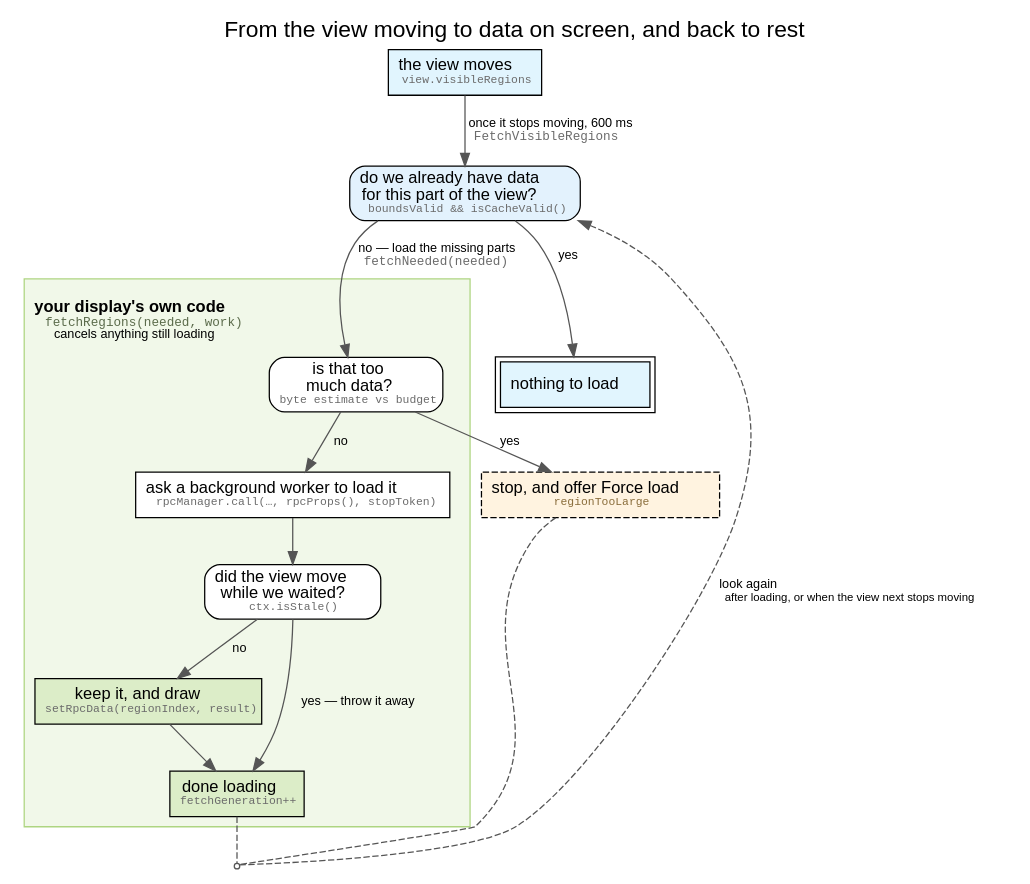
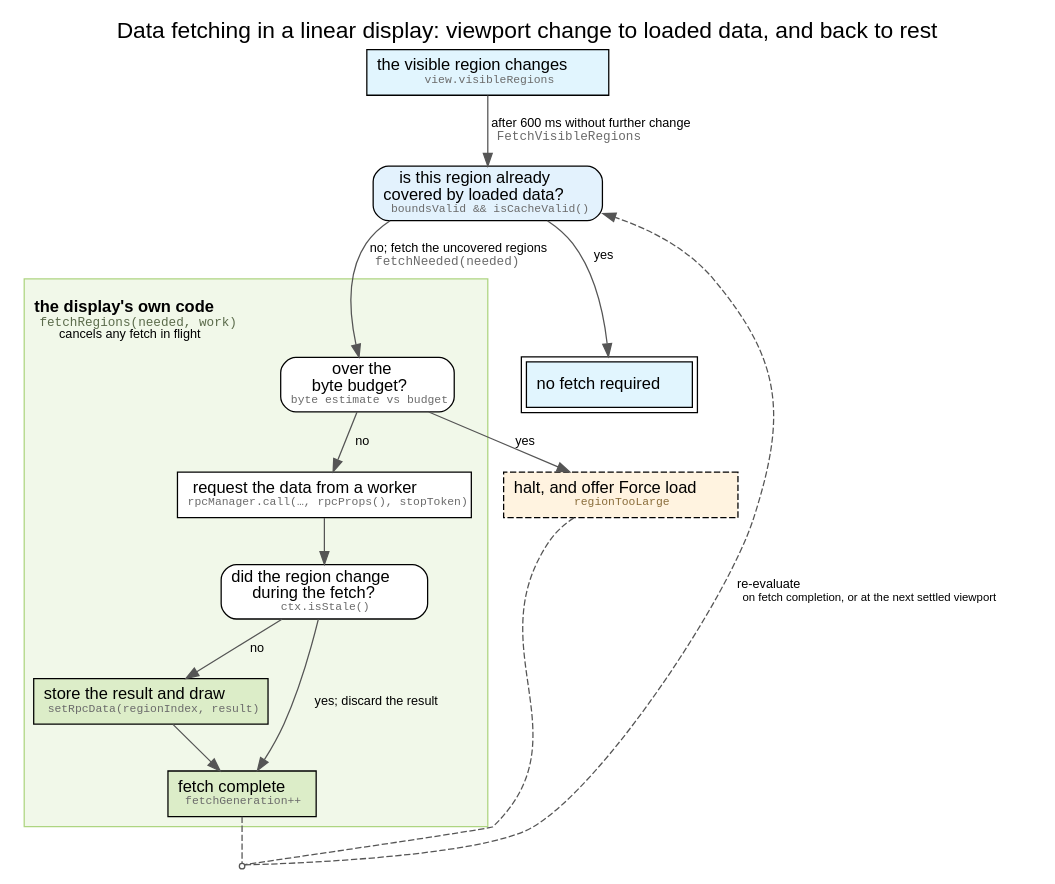
The diagram in website/diagrams/fetch_chain.dot (GMOD/jbrowse-components), drawn with Graphviz before and after one commit. The commit also changed 8 other files, not shown here.

```diff
--- a/website/diagrams/fetch_chain.dot
+++ b/website/diagrams/fetch_chain.dot
@@ -1,145 +1,151 @@
 // Every box says what happens in ENGLISH, with the identifier under it in small
 // grey monospace. Reading the chain and finding the code are two different
 // tasks, and a label that only names `boundsValid && isCacheValid()` serves the
 // second at the cost of the first — you cannot follow the flow until you have
 // read four function signatures. The English line is what the eye lands on; the
 // identifier is there when the reader goes looking.
 //
 // The English is plain rather than merely spelt out, which is a second pass and
 // not the same one: "is this block already covered?" is a sentence made of our
-// vocabulary, and a block, a fetch and a region are all things the reader is
-// here to learn. So it asks whether we already have DATA FOR this part of the
-// view, the worker is a BACKGROUND worker, and fetchGeneration++ is DONE
-// LOADING. Nothing in the top line of a box is a word this page has to define
-// first. "do we already have this part of the view?" was the first draft and it
-// reads as a question about the VIEW rather than about the data — the noun a
-// plain sentence drops is the one to check.
+// own vocabulary, and a block, a fetch and a region are all things the reader is
+// here to learn.
+//
+// It is also DRY (review: "try to use somewhat 'dry' language, so that this
+// could be included in a scientific paper"). The two are not the same pass
+// either, and the first draft of the plain version was conversational where it
+// should only have been unspecialized: no first or second person ("do we already
+// have data", "while we waited"), no colloquial verb where a neutral one exists
+// ("ask a background worker" -> "request the data from a worker", "throw it
+// away" -> "discard the result"), and no vagueness bought with informality
+// ("is that too much data?" -> "over the byte budget?", which is the actual
+// test). Plain still rules the top line — nothing there is a term this page has
+// to define first — and the identifier under it is where the precision lives.
 //
 // That needs HTML-like labels (`label=<…>` rather than `label="…"`), so `&` is
 // `&amp;` inside them, and a malformed one renders as literal angle brackets
 // rather than failing — check the render, not the exit code.
 //
 // The three questions are rounded boxes rather than diamonds. A diamond sized to
 // hold a sentence is about twice as wide as the sentence, and there are three of
 // them; the "?" and the yes/no edges already say it is a branch.
 //
 // Two nodes and a cluster came out by the rule that a step whose whole job is to
 // hand off to the next one is an EDGE, not a box:
 //
 //   collect into `needed`    -> the check's "no" branch, which also carries
 //                               fetchNeeded(needed), the call it makes
 //   rotate stop token /      -> "cancels whatever was still in flight" in the
 //     capture fetchGeneration   cluster's own label, since that is what entering
 //                               fetchRegions does
 //   FetchVisibleRegions      -> the edge from the view moving to the check. It
 //                               was a cluster drawn around that single question,
 //                               which is a label with a border.
 //
 // That leaves ONE cluster, and it now means something a fill colour could not
 // say on its own: everything inside it is the display's to write.
 //
 // `increment fetchGeneration` looks like the same case and is not. Dropping it
 // turns two SOLID in-cluster edges into two more dashed ones leaving the box, so
 // the picture pays a crossing and a label sitting on the cluster border to save
 // one node. Keeping it holds the whole rule "dashed means look again" to two
 // places, both below the chain.
 //
 // The cluster's label is left-justified AND short because the edge into the box
 // enters at the first node's horizontal centre: a label reaching that far right
 // gets struck through by the arrow, which is why fetchNeeded moved to the edge
 // and fetchRegions lost nothing but its length here.
 digraph fetch_chain {
   rankdir=TB
   labelloc=t
   fontname="Helvetica"
   fontsize=18
-  label="From the view moving to data on screen, and back to rest"
+  label="Data fetching in a linear display: viewport change to loaded data, and back to rest"
   nodesep=0.35
   ranksep=0.5
 
   node [shape=box, fontname="Helvetica", fontsize=13, style=filled, fillcolor="#ffffff"]
   edge [fontname="Helvetica", fontsize=10, color="#555555"]
 
   viewport [
-    label=<the view moves<br/><font point-size="9" face="Courier" color="#6b6b6b">view.visibleRegions</font>>
+    label=<the visible region changes<br/><font point-size="9" face="Courier" color="#6b6b6b">view.visibleRegions</font>>
     fillcolor="#e1f5fe"
   ]
   check [
     shape=box, style="filled,rounded"
-    label=<do we already have data<br/>for this part of the view?<br/><font point-size="9" face="Courier" color="#6b6b6b">boundsValid &amp;&amp; isCacheValid()</font>>
+    label=<is this region already<br/>covered by loaded data?<br/><font point-size="9" face="Courier" color="#6b6b6b">boundsValid &amp;&amp; isCacheValid()</font>>
     fillcolor="#e3f2fd"
   ]
 
   // ── What the display owns ────────────────────────────────────────
   subgraph cluster_fetch {
-    label=<<br/><b>your display's own code</b><br/><font point-size="10" face="Courier" color="#5b6b4b">fetchRegions(needed, work)</font><br/><font point-size="10">cancels anything still loading</font><br/>>
+    label=<<br/><b>the display's own code</b><br/><font point-size="10" face="Courier" color="#5b6b4b">fetchRegions(needed, work)</font><br/><font point-size="10">cancels any fetch in flight</font><br/>>
     labelloc=t
     labeljust=l
     fontname="Helvetica"
     fontsize=13
     style=filled
     fillcolor="#f1f8e9"
     color="#aed581"
 
     bytes [
       shape=box, style="filled,rounded"
-      label=<is that too<br/>much data?<br/><font point-size="9" face="Courier" color="#6b6b6b">byte estimate vs budget</font>>
+      label=<over the<br/>byte budget?<br/><font point-size="9" face="Courier" color="#6b6b6b">byte estimate vs budget</font>>
       fillcolor="#ffffff"
     ]
     work [
-      label=<ask a background worker to load it<br/><font point-size="9" face="Courier" color="#6b6b6b">rpcManager.call(…, rpcProps(), stopToken)</font>>
+      label=<request the data from a worker<br/><font point-size="9" face="Courier" color="#6b6b6b">rpcManager.call(…, rpcProps(), stopToken)</font>>
     ]
     stale [
       shape=box, style="filled,rounded"
-      label=<did the view move<br/>while we waited?<br/><font point-size="9" face="Courier" color="#6b6b6b">ctx.isStale()</font>>
+      label=<did the region change<br/>during the fetch?<br/><font point-size="9" face="Courier" color="#6b6b6b">ctx.isStale()</font>>
       fillcolor="#ffffff"
     ]
     commit [
-      label=<keep it, and draw<br/><font point-size="9" face="Courier" color="#6b6b6b">setRpcData(regionIndex, result)</font>>
+      label=<store the result and draw<br/><font point-size="9" face="Courier" color="#6b6b6b">setRpcData(regionIndex, result)</font>>
       fillcolor="#dcedc8"
     ]
     bump [
-      label=<done loading<br/><font point-size="9" face="Courier" color="#6b6b6b">fetchGeneration++</font>>
+      label=<fetch complete<br/><font point-size="9" face="Courier" color="#6b6b6b">fetchGeneration++</font>>
       fillcolor="#dcedc8"
     ]
   }
 
   toolarge [
-    label=<stop, and offer Force load<br/><font point-size="9" face="Courier" color="#8a6d3b">regionTooLarge</font>>
+    label=<halt, and offer Force load<br/><font point-size="9" face="Courier" color="#8a6d3b">regionTooLarge</font>>
     style="filled,dashed"
     fillcolor="#fff3e0"
   ]
-  done [label=<nothing to load>, peripheries=2, fillcolor="#e1f5fe"]
+  done [label=<no fetch required>, peripheries=2, fillcolor="#e1f5fe"]
 
-  viewport -> check [label=<  once it stops moving, 600 ms<br align="left"/>  <font face="Courier" color="#6b6b6b">FetchVisibleRegions</font><br align="left"/>>]
+  viewport -> check [label=<  after 600 ms without further change<br align="left"/>  <font face="Courier" color="#6b6b6b">FetchVisibleRegions</font><br align="left"/>>]
   check -> done [label="  yes"]
-  check -> bytes [label=<  no — load the missing parts<br align="left"/>  <font face="Courier" color="#6b6b6b">fetchNeeded(needed)</font><br align="left"/>>]
+  check -> bytes [label=<  no; fetch the uncovered regions<br align="left"/>  <font face="Courier" color="#6b6b6b">fetchNeeded(needed)</font><br align="left"/>>]
   bytes -> toolarge [label="  yes"]
   bytes -> work [label="  no"]
   work -> stale
   stale -> commit [label="  no"]
-  stale -> bump [label="  yes — throw it away"]
+  stale -> bump [label="  yes; discard the result"]
   commit -> bump
 
   // Both loose ends re-enter the same debounced check, so they meet at a
   // junction and travel back as ONE edge. Drawn as two they were two long dashed
   // sweeps up the whole right side, which is most of what a reader sees before
   // they see the chain — and both said the same thing anyway. What differs is
   // only what re-fires the autorun, which the edge's own label now names.
   reenter [shape=point, width=0.06, color="#555555"]
   // The junction's rank comes from this one edge keeping its constraint, which
   // puts it just below the last node of the chain. `{ rank=same; bump; reenter }`
   // is the obvious alternative and is wrong: a rankset EJECTS its members from
   // their cluster ("bump was already in a rankset, deleted from cluster"), which
   // drops that node out of the green box it belongs to.
   bump -> reenter [style=dashed, arrowhead=none]
   // The other two are constraint=false: they close the loop but must not pull
   // their targets back up a rank, which is what left the entry node stranded
   // mid-graph and crossed every edge around it.
   toolarge -> reenter [style=dashed, constraint=false, arrowhead=none]
   reenter -> check [
-    label=<  look again<br align="left"/>  <font point-size="9">after loading, or when the view next stops moving</font><br align="left"/>>
+    label=<  re-evaluate<br align="left"/>  <font point-size="9">on fetch completion, or at the next settled viewport</font><br align="left"/>>
     style=dashed
     constraint=false
   ]
 }
```
